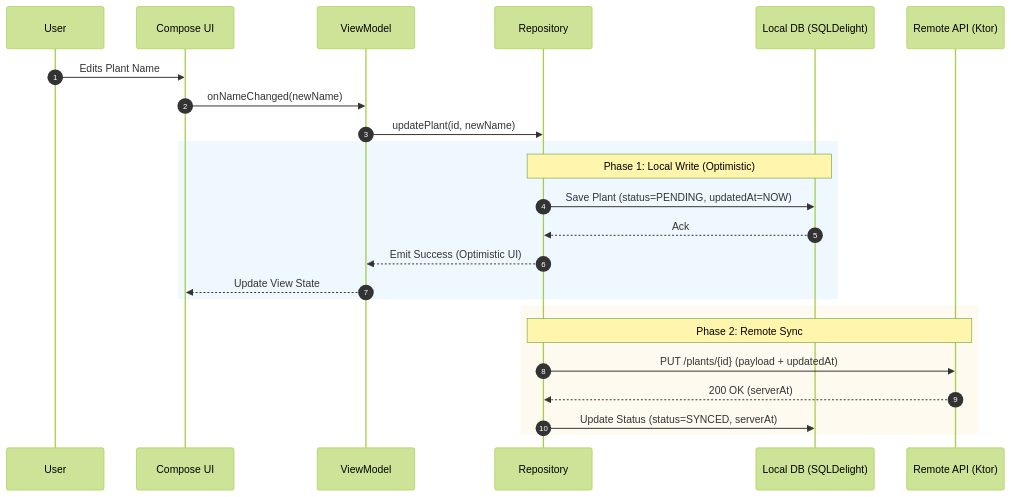
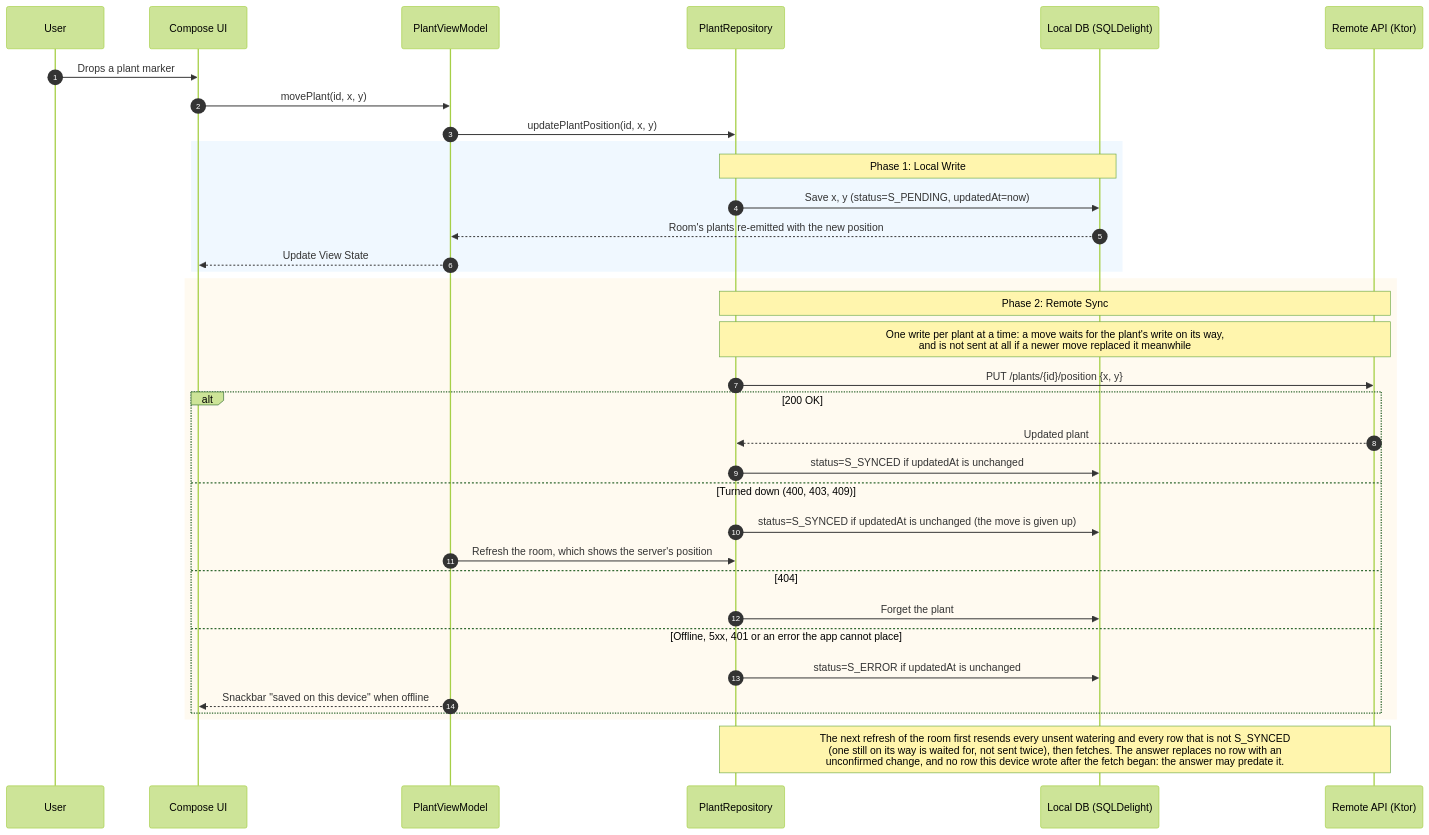
One commit to marcowuethrich/green-print changed the fourth of 5 diagrams in docs/architecture/overview.md. Above: the diagram before and after it, drawn with Mermaid (forest theme). The commit also changed other lines of this file and 204 other files, not shown here.

````diff
--- a/docs/architecture/overview.md
+++ b/docs/architecture/overview.md
@@ -101,29 +121,41 @@
 ```mermaid
 sequenceDiagram
     autonumber
     participant U as User
     participant UI as Compose UI
-    participant VM as ViewModel
-    participant R as Repository
+    participant VM as PlantViewModel
+    participant R as PlantRepository
     participant L as Local DB (SQLDelight)
     participant A as Remote API (Ktor)
 
-    U->>UI: Edits Plant Name
-    UI->>VM: onNameChanged(newName)
-    VM->>R: updatePlant(id, newName)
-    
+    U->>UI: Drops a plant marker
+    UI->>VM: movePlant(id, x, y)
+    VM->>R: updatePlantPosition(id, x, y)
+
     rect rgb(240, 248, 255)
-    Note over R,L: Phase 1: Local Write (Optimistic)
-    R->>L: Save Plant (status=PENDING, updatedAt=NOW)
-    L-->>R: Ack
-    R-->>VM: Emit Success (Optimistic UI)
+    Note over R,L: Phase 1: Local Write
+    R->>L: Save x, y (status=S_PENDING, updatedAt=now)
+    L-->>VM: Room's plants re-emitted with the new position
     VM-->>UI: Update View State
     end
 
     rect rgb(255, 250, 240)
     Note over R,A: Phase 2: Remote Sync
-    R->>A: PUT /plants/{id} (payload + updatedAt)
-    A-->>R: 200 OK (serverAt)
-    R->>L: Update Status (status=SYNCED, serverAt)
+    Note over R,A: One write per plant at a time: a move waits for the plant's write on its way,<br/>and is not sent at all if a newer move replaced it meanwhile
+    R->>A: PUT /plants/{id}/position {x, y}
+    alt 200 OK
+        A-->>R: Updated plant
+        R->>L: status=S_SYNCED if updatedAt is unchanged
+    else Turned down (400, 403, 409)
+        R->>L: status=S_SYNCED if updatedAt is unchanged (the move is given up)
+        VM->>R: Refresh the room, which shows the server's position
+    else 404
+        R->>L: Forget the plant
+    else Offline, 5xx, 401 or an error the app cannot place
+        R->>L: status=S_ERROR if updatedAt is unchanged
+        VM-->>UI: Snackbar "saved on this device" when offline
     end
+    end
+
+    Note over R,A: The next refresh of the room first resends every unsent watering and every row that is not S_SYNCED<br/>(one still on its way is waited for, not sent twice), then fetches. The answer replaces no row with an<br/>unconfirmed change, and no row this device wrote after the fetch began: the answer may predate it.
 ```
````
